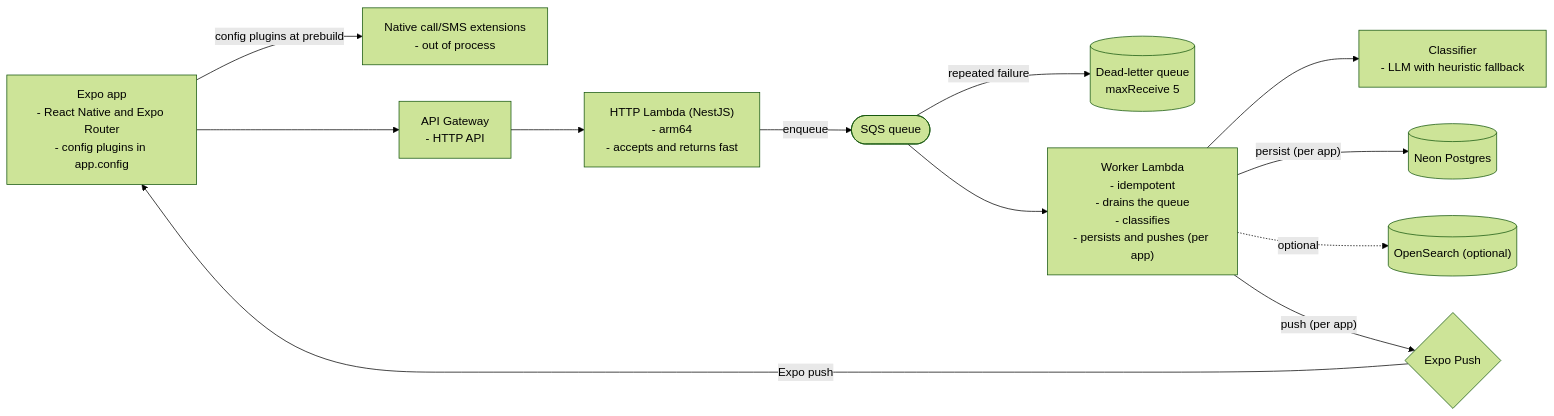
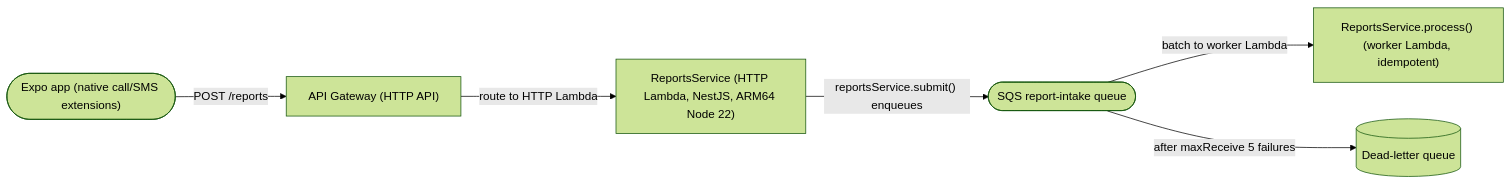
Before and after one commit to elleskay/mobile-platform: the third of 5 diagrams in README.md, drawn with Mermaid (forest theme). The commit also changed other lines of this file and 66 other files, not shown here.

````diff
--- a/README.md
+++ b/README.md
@@ -131,25 +124,8 @@
 ```mermaid
 flowchart LR
-  App["Expo app<br/>- React Native and Expo Router<br/>- config plugins in app.config"]
-  Native["Native call/SMS extensions<br/>- out of process"]
-  APIGW["API Gateway<br/>- HTTP API"]
-  HTTP["HTTP Lambda (NestJS)<br/>- arm64<br/>- accepts and returns fast"]
-  SQS(["SQS queue"])
-  DLQ[("Dead-letter queue<br/>maxReceive 5")]
-  Worker["Worker Lambda<br/>- idempotent<br/>- drains the queue<br/>- classifies<br/>- persists and pushes (per app)"]
-  Classifier["Classifier<br/>- LLM with heuristic fallback"]
-  Neon[("Neon Postgres")]
-  OS[("OpenSearch (optional)")]
-  Push{"Expo Push"}
-  App -->|"config plugins at prebuild"| Native
-  App --> APIGW
-  APIGW --> HTTP
-  HTTP -->|enqueue| SQS
-  SQS --> Worker
-  SQS -->|"repeated failure"| DLQ
-  Worker --> Classifier
-  Worker -->|"persist (per app)"| Neon
-  Worker -.optional.-> OS
-  Worker -->|"push (per app)"| Push
-  Push -->|"Expo push"| App
+  App(["Expo app (native call/SMS extensions)"]) -->|"POST /reports"| APIGW["API Gateway (HTTP API)"]
+  APIGW -->|"route to HTTP Lambda"| Reports["ReportsService (HTTP Lambda, NestJS, ARM64 Node 22)"]
+  Reports -->|"reportsService.submit() enqueues"| SQS(["SQS report-intake queue"])
+  SQS -->|"batch to worker Lambda"| Worker["ReportsService.process() (worker Lambda, idempotent)"]
+  SQS -->|"after maxReceive 5 failures"| DLQ[("Dead-letter queue")]
 ```
````
